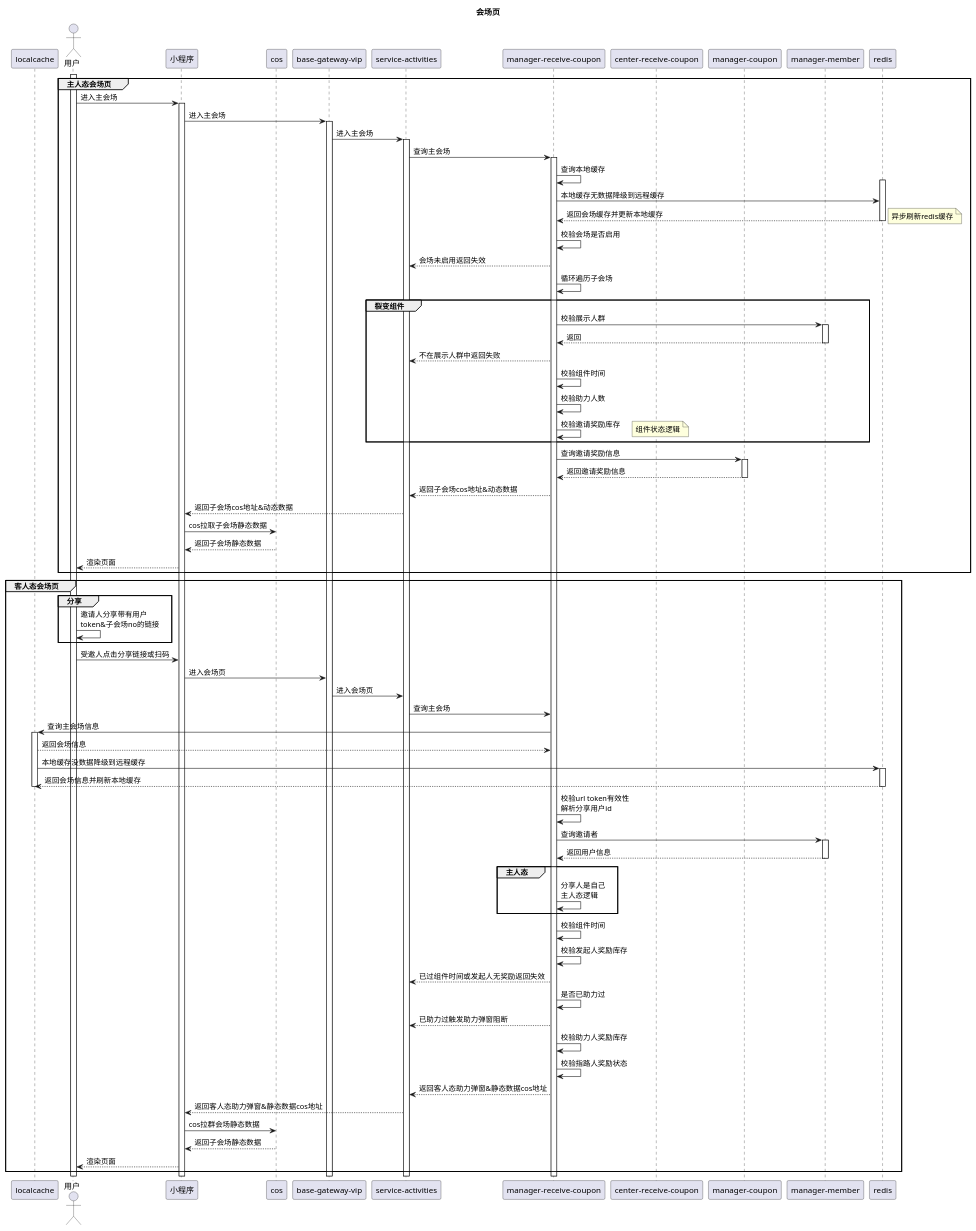
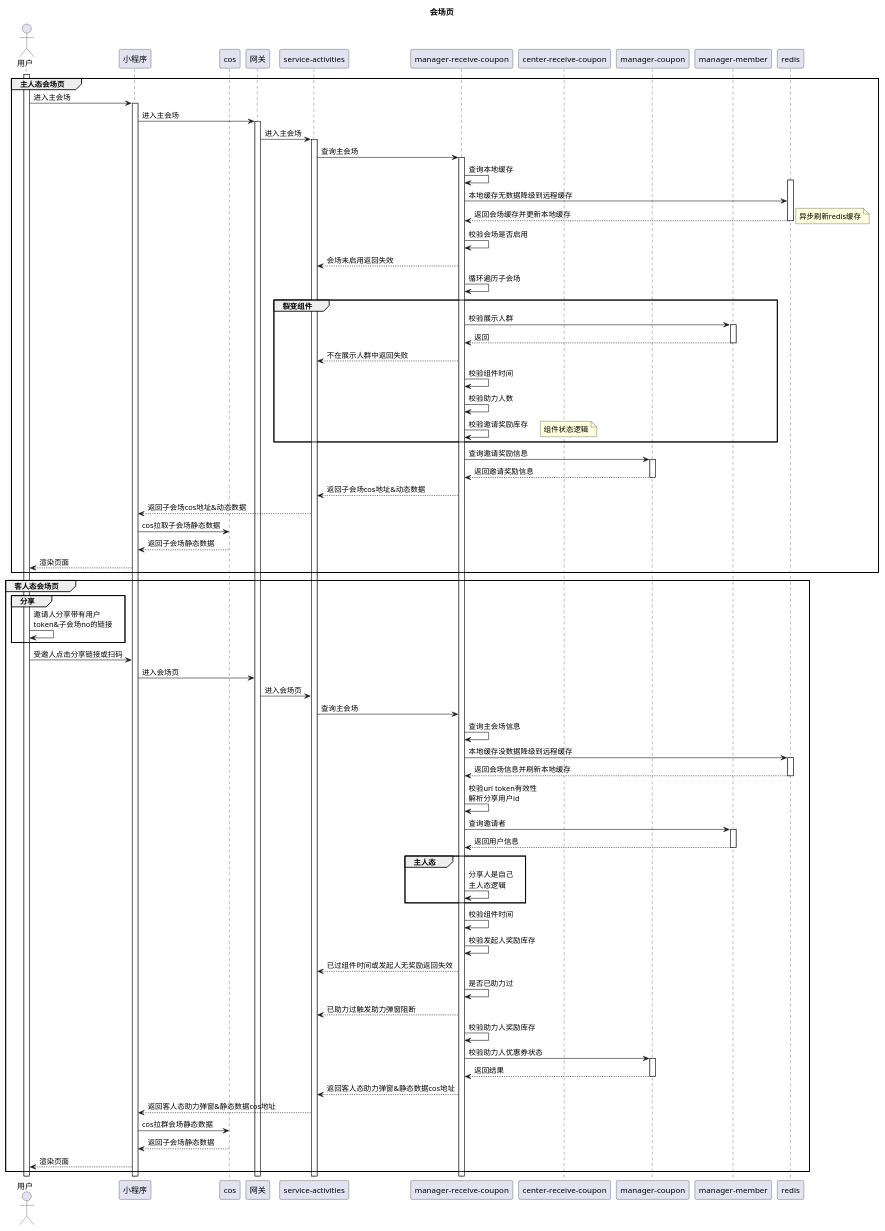
The first of 2 diagrams in src/main/uml/裂变组件会场页.puml (glfmslf/st), drawn with PlantUML before and after one commit. The commit also changed other lines of this file and 2 other files, not shown here.

```diff
--- a/src/main/uml/裂变组件会场页.puml
+++ b/src/main/uml/裂变组件会场页.puml
@@ -1,99 +1,97 @@
 @startuml
 title 会场页
 group 主人态会场页
 actor   用户 as  user order 1
 participant  小程序  as  client order 20
 participant cos order 23
-participant "base-gateway-vip" as bgv order 25
+participant 网关 as bgv order 25
 participant "service-activities" as sa order 30
 participant "manager-receive-coupon" as mrc order 40
 participant  "center-receive-coupon"  as  crc order 50
 participant "manager-coupon" as mc order 53
 participant "manager-member" as mm order 55
 participant redis order 70
 activate user
 user -> client:进入主会场
 activate client
 client -> bgv: 进入主会场
 activate bgv
 bgv -> sa:进入主会场
 activate sa
 sa -> mrc:查询主会场
 activate mrc
 mrc -> mrc:查询本地缓存
 activate redis
 mrc -> redis:本地缓存无数据降级到远程缓存
 redis --> mrc:返回会场缓存并更新本地缓存
-
 note right
 异步刷新redis缓存
 end note
 deactivate redis
-deactivate localcache
 mrc -> mrc:校验会场是否启用
 mrc --> sa:会场未启用返回失效
 mrc -> mrc:循环遍历子会场
 group 裂变组件
 mrc -> mm:校验展示人群
 activate mm
 mm --> mrc: 返回
 deactivate mm
 mrc --> sa:不在展示人群中返回失败
 
 mrc -> mrc:校验组件时间
 mrc -> mrc:校验助力人数
 mrc -> mrc:校验邀请奖励库存
 note right
 组件状态逻辑
 end note
 end
 mrc -> mc:查询邀请奖励信息
 activate mc
 mc --> mrc:返回邀请奖励信息
 deactivate mc
 mrc --> sa:返回子会场cos地址&动态数据
 sa --> client:返回子会场cos地址&动态数据
 client -> cos:cos拉取子会场静态数据
 cos --> client:返回子会场静态数据
 client --> user:渲染页面
 end
 
 group 客人态会场页
 group 分享
 user -> user:邀请人分享带有用户\ntoken&子会场no的链接
 end
 user -> client:受邀人点击分享链接或扫码
 client -> bgv:进入会场页
 bgv -> sa:进入会场页
 sa -> mrc:查询主会场
-mrc -> localcache:查询主会场信息
-activate localcache
-localcache --> mrc:返回会场信息
-localcache -> redis:本地缓存没数据降级到远程缓存
+mrc -> mrc:查询主会场信息
+mrc -> redis:本地缓存没数据降级到远程缓存
 activate redis
-redis --> localcache:返回会场信息并刷新本地缓存
+redis --> mrc:返回会场信息并刷新本地缓存
 deactivate redis
-deactivate localcache
 mrc -> mrc:校验url token有效性\n解析分享用户id
 mrc -> mm:查询邀请者
 activate mm
 mm --> mrc:返回用户信息
 deactivate mm
 group 主人态
 mrc -> mrc:分享人是自己\n主人态逻辑
 end
 
 mrc -> mrc:校验组件时间
 mrc -> mrc:校验发起人奖励库存
 mrc --> sa: 已过组件时间或发起人无奖励返回失效
 mrc -> mrc:是否已助力过
 mrc --> sa:已助力过触发助力弹窗阻断
 mrc -> mrc:校验助力人奖励库存
-mrc -> mrc:校验指路人奖励状态
+mrc -> mc:校验助力人优惠券状态
+activate mc
+mc --> mrc:返回结果
+deactivate mc
 mrc --> sa:返回客人态助力弹窗&静态数据cos地址
 sa --> client:返回客人态助力弹窗&静态数据cos地址
 client -> cos:cos拉群会场静态数据
 cos --> client:返回子会场静态数据
 client --> user:渲染页面
 end
 @enduml
```
